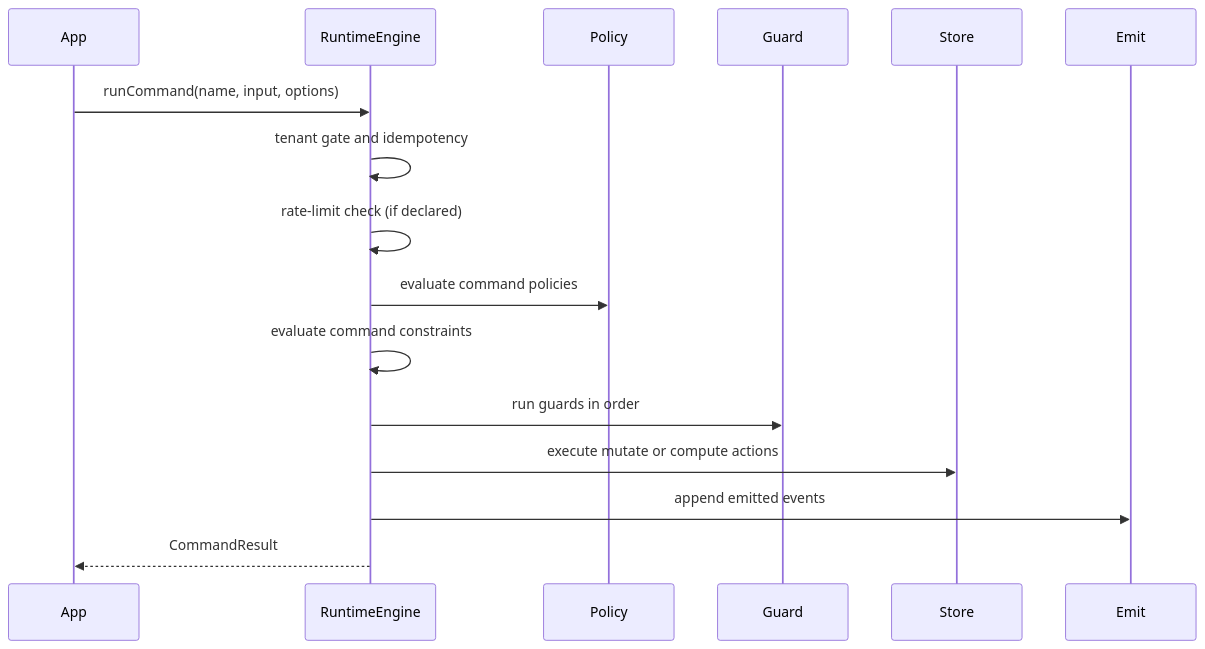
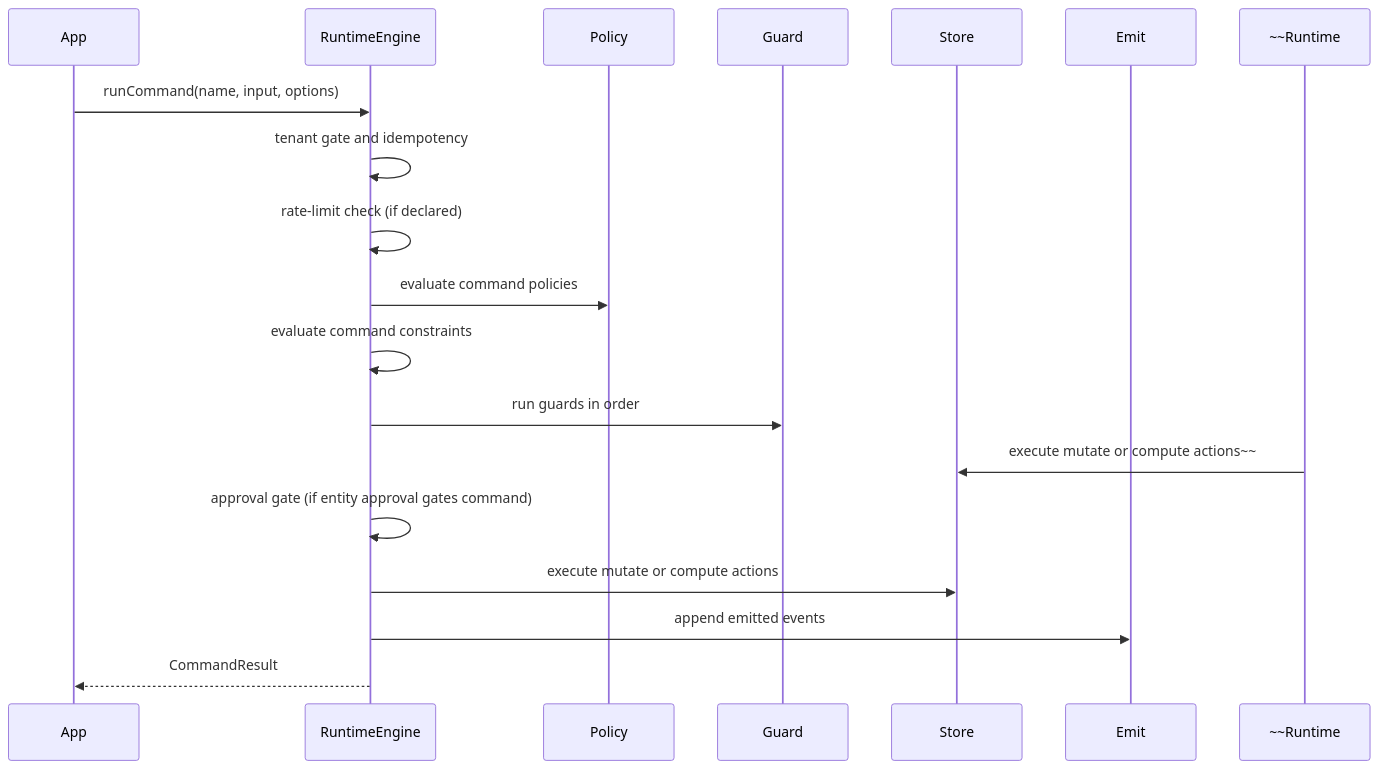
One commit to Angriff36/Manifest changed the diagram in docs/reference/runtime-engine.md. Above: the diagram before and after it, drawn with Mermaid. The commit also changed other lines of this file and 138 other files, not shown here.

````diff
--- a/docs/reference/runtime-engine.md
+++ b/docs/reference/runtime-engine.md
@@ -25,19 +25,21 @@
 ```mermaid
 sequenceDiagram
   participant App
   participant Runtime as RuntimeEngine
   participant Policy
   participant Guard
   participant Store
   participant Emit
 
   App->>Runtime: runCommand(name, input, options)
   Runtime->>Runtime: tenant gate and idempotency
   Runtime->>Runtime: rate-limit check (if declared)
   Runtime->>Policy: evaluate command policies
   Runtime->>Runtime: evaluate command constraints
   Runtime->>Guard: run guards in order
+  ~~Runtime->>Store: execute mutate or compute actions~~
+  Runtime->>Runtime: approval gate (if entity approval gates command)
   Runtime->>Store: execute mutate or compute actions
   Runtime->>Emit: append emitted events
   Runtime-->>App: CommandResult
 ```
````
